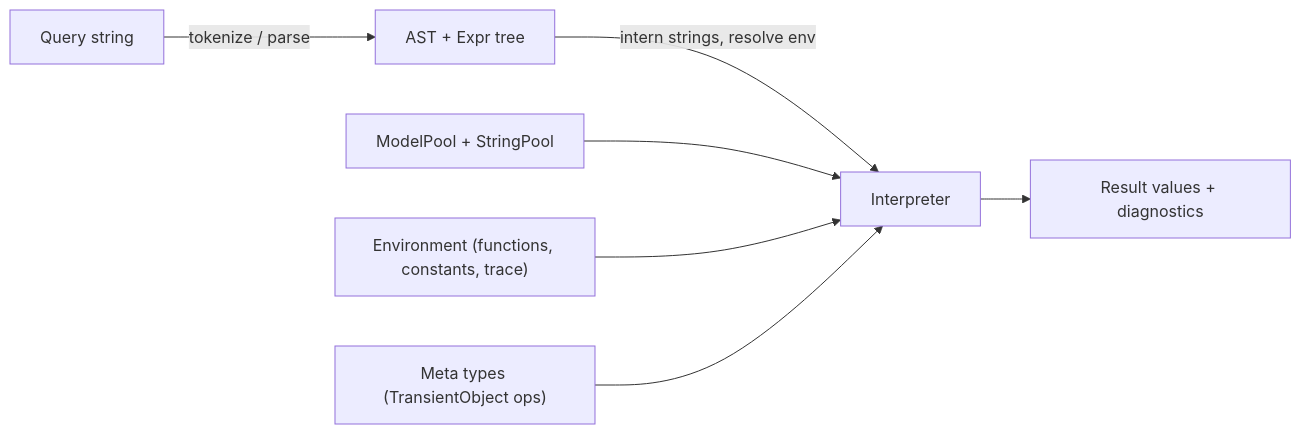
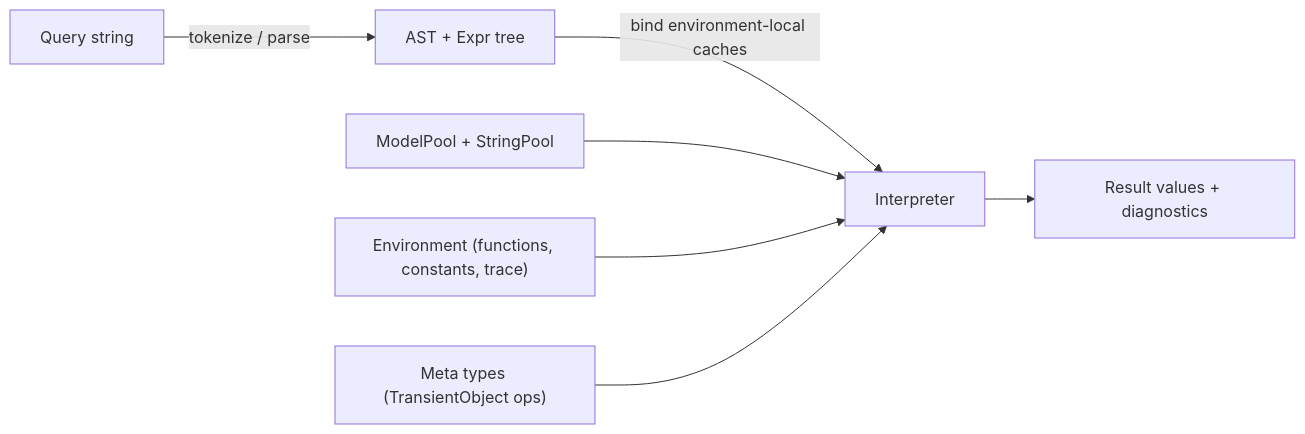
The first of 9 diagrams in docs/simfil-dev-guide.md (Klebert-Engineering/simfil), drawn with Mermaid before and after one commit. The commit also changed other lines of this file and 3 other files, not shown here.

````diff
--- a/docs/simfil-dev-guide.md
+++ b/docs/simfil-dev-guide.md
@@ -7,9 +7,9 @@
 ```mermaid
 flowchart LR
   Q["Query string"] -->|"tokenize / parse"| AST["AST + Expr tree"]
-  AST -->|"intern strings, resolve env"| Eval["Interpreter"]
+  AST -->|"bind environment-local caches"| Eval["Interpreter"]
   ModelPool["ModelPool + StringPool"] --> Eval
   Env["Environment (functions, constants, trace)"] --> Eval
   Meta["Meta types (TransientObject ops)"] --> Eval
   Eval --> Values["Result values + diagnostics"]
 ```
````
